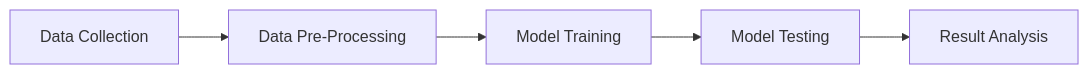
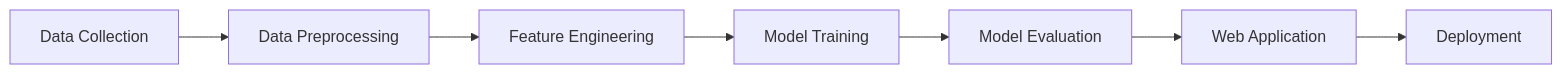
The diagram in README.md (ParthA164/Churn-Classification-ANN), drawn with Mermaid before and after one commit. The commit also changed other lines of this file, not shown here.

````diff
--- a/README.md
+++ b/README.md
@@ -5,7 +28,9 @@
 ```mermaid
 graph LR
-A[Data Collection] --> B[Data Pre-Processing]
-B --> C[Model Training]
-C --> D[Model Testing]
-D --> E[Result Analysis]
+A[Data Collection] --> B[Data Preprocessing]
+B --> C[Feature Engineering]
+C --> D[Model Training]
+D --> E[Model Evaluation]
+E --> F[Web Application]
+F --> G[Deployment]
 ```
````
